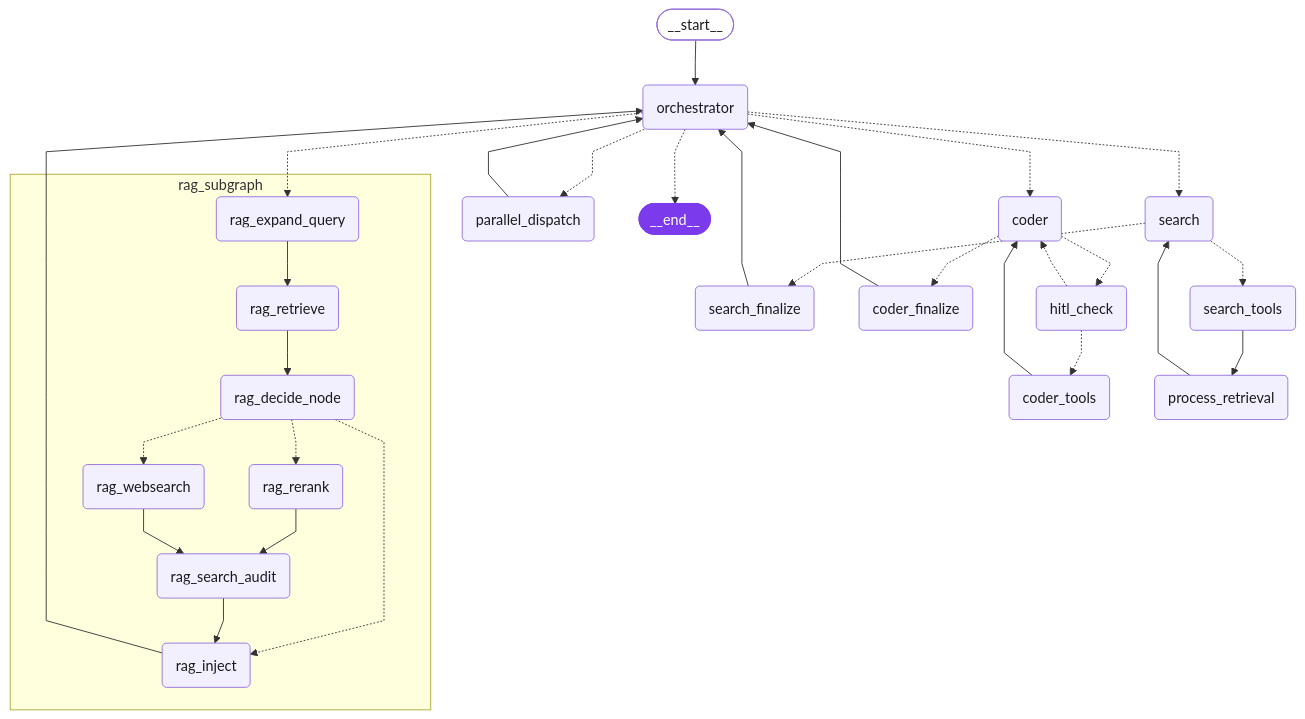
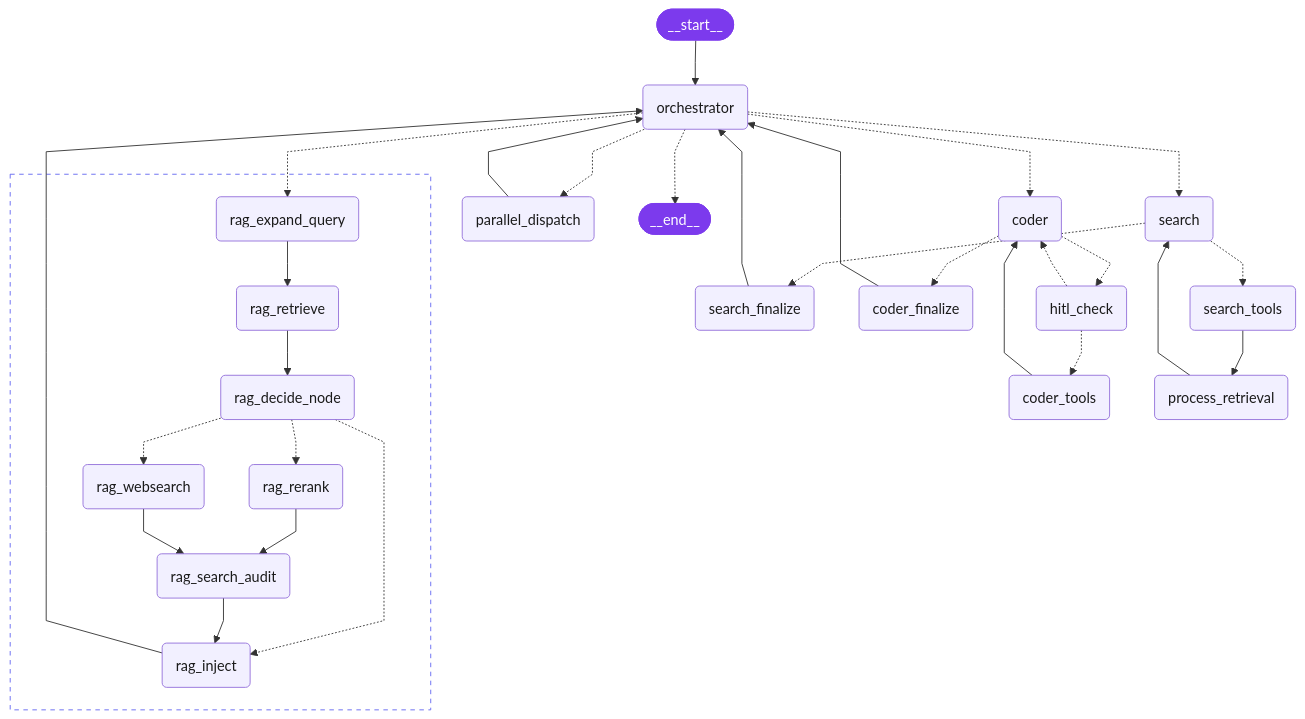
One commit to brunosrz/vectora changed the diagram in README.md. Above: the diagram before and after it, drawn with Mermaid. The commit also changed 1 other file, not shown here.

Commit message:
docs: ajusta estilo do diagrama Mermaid
- __start__ com mesma cor do __end__ (roxo #7c3aed, texto branco)
- Remove label e fundo do subgrafo RAG (fill:none, borda tracejada)

````diff
--- a/README.md
+++ b/README.md
@@ -28,59 +28,60 @@
 ```mermaid
 ---
 config:
   flowchart:
     curve: linear
 ---
 graph TD;
 	__start__([<p>__start__</p>]):::first
 	orchestrator(orchestrator)
 	search(search)
 	search_tools(search_tools)
 	search_finalize(search_finalize)
 	coder(coder)
 	hitl_check(hitl_check)
 	coder_tools(coder_tools)
 	coder_finalize(coder_finalize)
 	process_retrieval(process_retrieval)
 	parallel_dispatch(parallel_dispatch)
 	__end__([<p>__end__</p>]):::last
 	__start__ --> orchestrator;
 	coder -.-> coder_finalize;
 	coder -.-> hitl_check;
 	coder_finalize --> orchestrator;
 	coder_tools --> coder;
 	hitl_check -.-> coder;
 	hitl_check -.-> coder_tools;
 	orchestrator -.-> __end__;
 	orchestrator -.-> coder;
 	orchestrator -.-> parallel_dispatch;
 	orchestrator -.-> rag_subgraph:rag_expand_query;
 	orchestrator -.-> search;
 	parallel_dispatch --> orchestrator;
 	process_retrieval --> search;
 	rag_subgraph:rag_inject --> orchestrator;
 	search -.-> search_finalize;
 	search -.-> search_tools;
 	search_finalize --> orchestrator;
 	search_tools --> process_retrieval;
-	subgraph rag_subgraph
+	subgraph rag_subgraph[" "]
 	rag_subgraph:rag_expand_query(rag_expand_query)
 	rag_subgraph:rag_retrieve(rag_retrieve)
 	rag_subgraph:rag_decide_node(rag_decide_node)
 	rag_subgraph:rag_rerank(rag_rerank)
 	rag_subgraph:rag_websearch(rag_websearch)
 	rag_subgraph:rag_search_audit(rag_search_audit)
 	rag_subgraph:rag_inject(rag_inject)
 	rag_subgraph:rag_decide_node -.-> rag_subgraph:rag_inject;
 	rag_subgraph:rag_decide_node -.-> rag_subgraph:rag_rerank;
 	rag_subgraph:rag_decide_node -.-> rag_subgraph:rag_websearch;
 	rag_subgraph:rag_expand_query --> rag_subgraph:rag_retrieve;
 	rag_subgraph:rag_rerank --> rag_subgraph:rag_search_audit;
 	rag_subgraph:rag_retrieve --> rag_subgraph:rag_decide_node;
 	rag_subgraph:rag_search_audit --> rag_subgraph:rag_inject;
 	rag_subgraph:rag_websearch --> rag_subgraph:rag_search_audit;
 	end
+	style rag_subgraph fill:none,stroke:#6366f1,stroke-dasharray:5
 	classDef default fill:#f2f0ff,color:#1a1a1a,line-height:1.2
-	classDef first fill-opacity:0
+	classDef first fill:#7c3aed,color:#ffffff,stroke:#7c3aed
 	classDef last fill:#7c3aed,color:#ffffff,stroke:#7c3aed
 ```
````
